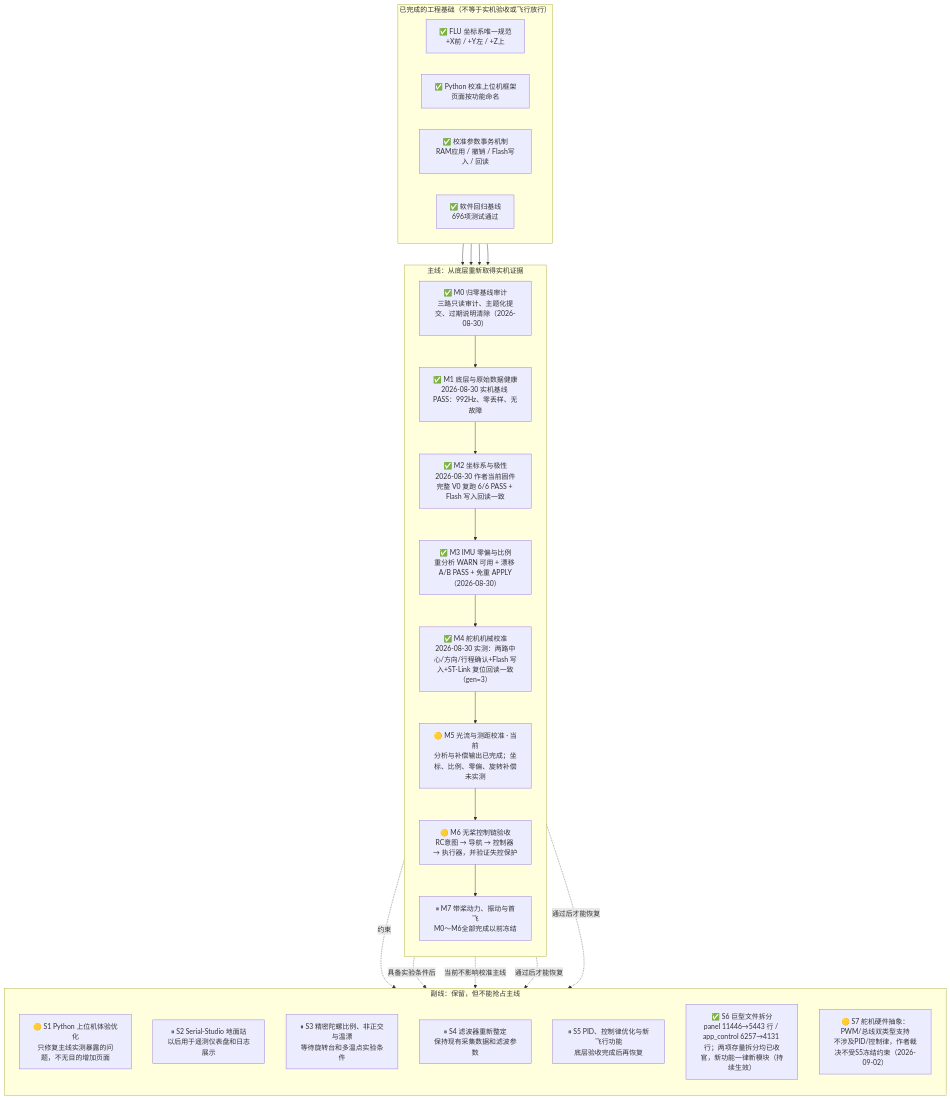
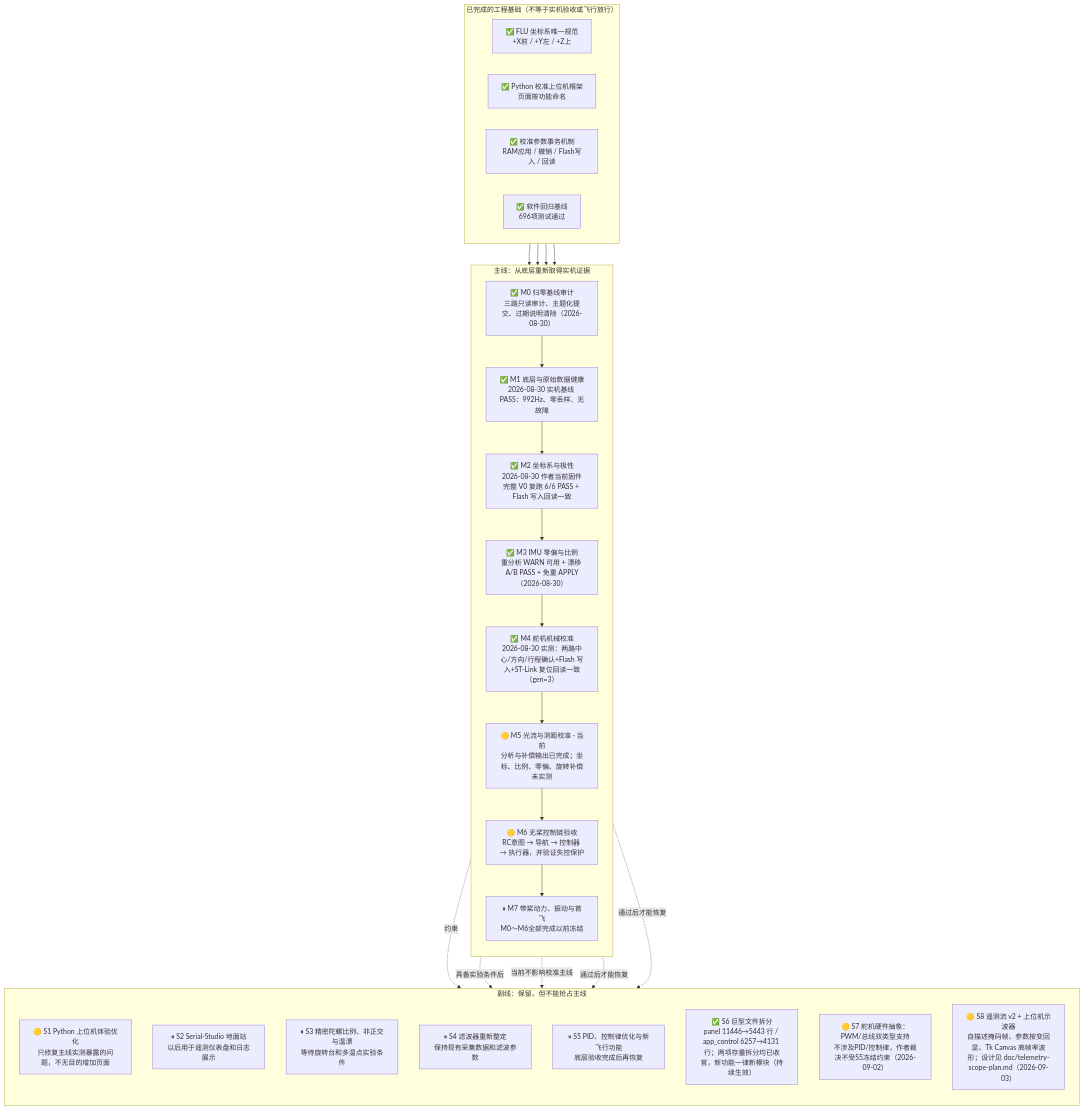
Before and after one commit to ThroneTLE/drone-H743: the diagram in PIPELINE.md, drawn with Mermaid. The commit also changed other lines of this file and 6 other files, not shown here.

````diff
--- a/PIPELINE.md
+++ b/PIPELINE.md
@@ -16,45 +16,46 @@
 ```mermaid
 flowchart TB
     subgraph BASE["已完成的工程基础（不等于实机验收或飞行放行）"]
         direction LR
         B1["✅ FLU 坐标系唯一规范<br/>+X前 / +Y左 / +Z上"]
         B2["✅ Python 校准上位机框架<br/>页面按功能命名"]
         B3["✅ 校准参数事务机制<br/>RAM应用 / 撤销 / Flash写入 / 回读"]
         B4["✅ 软件回归基线<br/>696项测试通过"]
     end
 
     subgraph MAIN["主线：从底层重新取得实机证据"]
         direction TB
         M0["✅ M0 归零基线审计<br/>三路只读审计、主题化提交、过期说明清除（2026-08-30）"]
         M1["✅ M1 底层与原始数据健康<br/>2026-08-30 实机基线 PASS：992Hz、零丢样、无故障"]
         M2["✅ M2 坐标系与极性<br/>2026-08-30 作者当前固件完整 V0 复跑 6/6 PASS + Flash 写入回读一致"]
         M3["✅ M3 IMU 零偏与比例<br/>重分析 WARN 可用 + 漂移 A/B PASS + 免重 APPLY（2026-08-30）"]
         M4["✅ M4 舵机机械校准<br/>2026-08-30 实测：两路中心/方向/行程确认+Flash 写入+ST-Link 复位回读一致（gen=3）"]
         M5["🟡 M5 光流与测距校准 · 当前<br/>分析与补偿输出已完成；坐标、比例、零偏、旋转补偿未实测"]
         M6["🟡 M6 无桨控制链验收<br/>RC意图 → 导航 → 控制器 → 执行器，并验证失控保护"]
         M7["⏸ M7 带桨动力、振动与首飞<br/>M0～M6全部完成以前冻结"]
         M0 --> M1 --> M2 --> M3 --> M4 --> M5 --> M6 --> M7
     end
 
     B1 --> M0
     B2 --> M0
     B3 --> M0
     B4 --> M0
 
     subgraph SIDE["副线：保留，但不能抢占主线"]
         direction TB
         S1["🟡 S1 Python 上位机体验优化<br/>只修复主线实测暴露的问题，不无目的增加页面"]
         S2["⏸ S2 Serial-Studio 地面站<br/>以后用于遥测仪表盘和日志展示"]
         S3["⏸ S3 精密陀螺比例、非正交与温漂<br/>等待旋转台和多温点实验条件"]
         S4["⏸ S4 滤波器重新整定<br/>保持现有采集数据和滤波参数"]
         S5["⏸ S5 PID、控制律优化与新飞行功能<br/>底层验收完成后再恢复"]
         S6["✅ S6 巨型文件拆分<br/>panel 11446→5443 行 / app_control 6257→4131 行；两项存量拆分均已收官，新功能一律新模块（持续生效）"]
         S7["🟡 S7 舵机硬件抽象：PWM/总线双类型支持<br/>不涉及PID/控制律，作者裁决不受S5冻结约束（2026-09-02）"]
+        S8["🟡 S8 遥测流 v2 + 上位机示波器<br/>自描述掩码帧、参数按变回显、Tk Canvas 高帧率波形；设计见 doc/telemetry-scope-plan.md（2026-09-03）"]
     end
 
     M0 -.约束.-> S1
     M1 -.具备实验条件后.-> S3
     M5 -.当前不影响校准主线.-> S2
     M6 -.通过后才能恢复.-> S4
     M6 -.通过后才能恢复.-> S5
 ```
````
